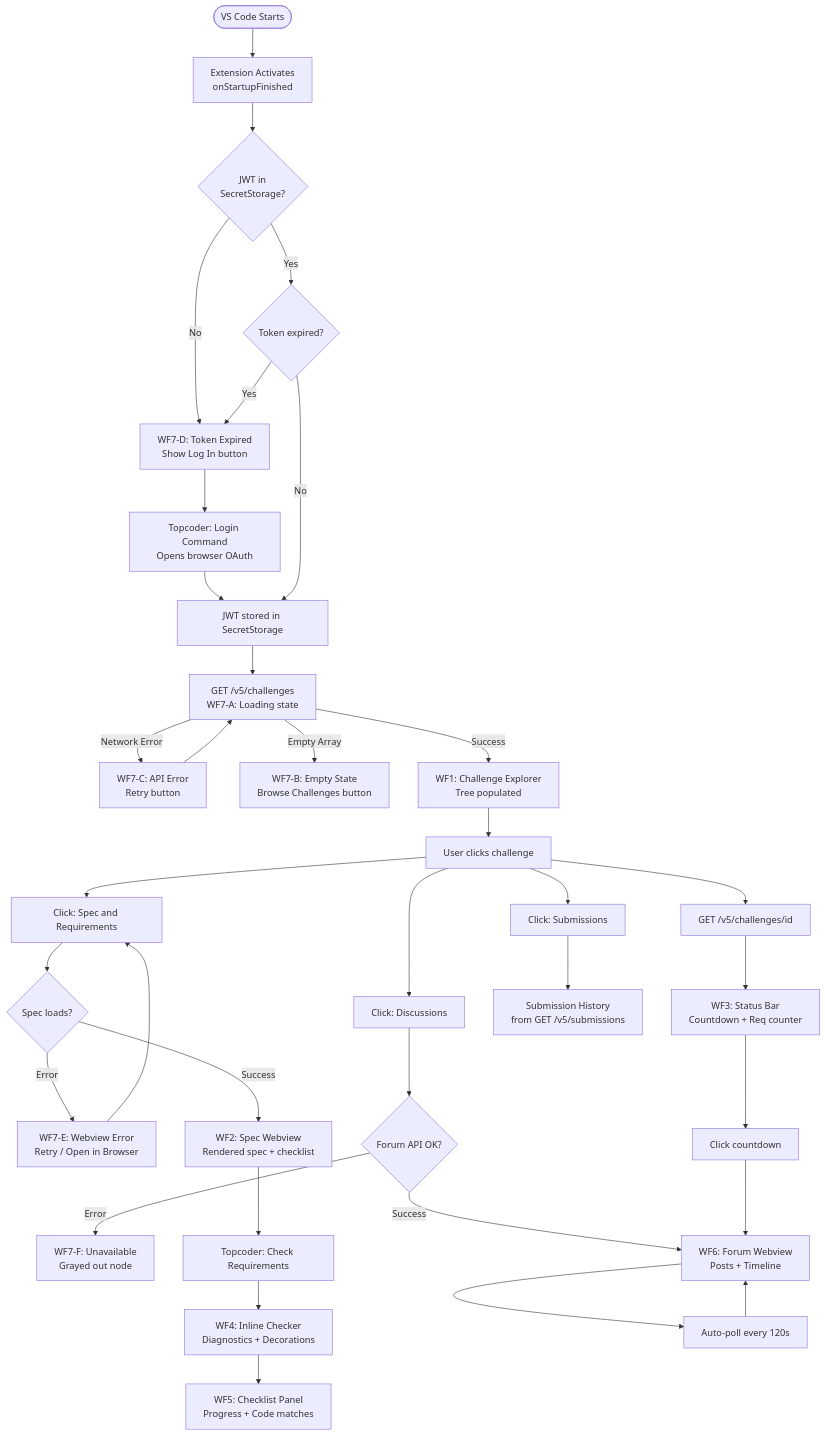
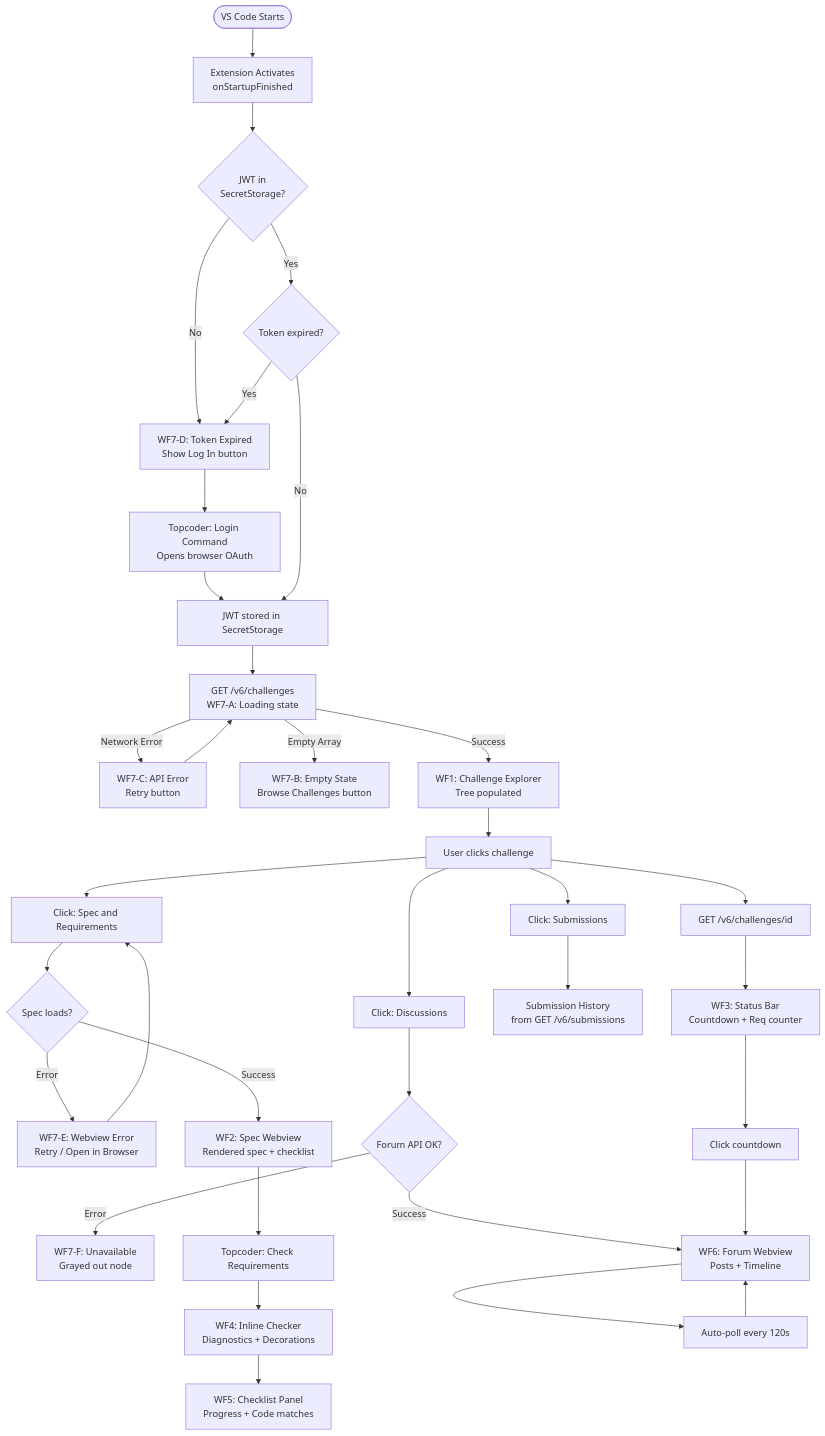
One commit to mirzailhami/tc-vscode-ideation changed the diagram in wireframes.md. Above: the diagram before and after it, drawn with Mermaid. The commit also changed other lines of this file and 5 other files, not shown here.

````diff
--- a/wireframes.md
+++ b/wireframes.md
@@ -24,47 +24,47 @@
 ```mermaid
 flowchart TD
     START([VS Code Starts]) --> ACTIVATE[Extension Activates<br/>onStartupFinished]
     ACTIVATE --> HAS_TOKEN{JWT in<br/>SecretStorage?}
 
     HAS_TOKEN -- No --> LOGIN_PROMPT[WF7-D: Token Expired<br/>Show Log In button]
     LOGIN_PROMPT --> LOGIN[Topcoder: Login Command<br/>Opens browser OAuth]
     LOGIN --> TOKEN_OK[JWT stored in SecretStorage]
 
     HAS_TOKEN -- Yes --> TOKEN_CHECK{Token expired?}
     TOKEN_CHECK -- Yes --> LOGIN_PROMPT
     TOKEN_CHECK -- No --> TOKEN_OK
 
-    TOKEN_OK --> FETCH_LIST[GET /v5/challenges<br/>WF7-A: Loading state]
+    TOKEN_OK --> FETCH_LIST[GET /v6/challenges<br/>WF7-A: Loading state]
     FETCH_LIST -- Network Error --> ERROR_STATE[WF7-C: API Error<br/>Retry button]
     ERROR_STATE --> FETCH_LIST
     FETCH_LIST -- Empty Array --> EMPTY_STATE[WF7-B: Empty State<br/>Browse Challenges button]
     FETCH_LIST -- Success --> TREE[WF1: Challenge Explorer<br/>Tree populated]
 
     TREE --> SELECT[User clicks challenge]
-    SELECT --> DETAIL[GET /v5/challenges/id]
+    SELECT --> DETAIL[GET /v6/challenges/id]
     DETAIL --> SB[WF3: Status Bar<br/>Countdown + Req counter]
 
     SELECT --> SPEC_CLICK[Click: Spec and Requirements]
     SPEC_CLICK --> SPEC_LOAD{Spec loads?}
     SPEC_LOAD -- Error --> SPEC_ERR[WF7-E: Webview Error<br/>Retry / Open in Browser]
     SPEC_ERR --> SPEC_CLICK
     SPEC_LOAD -- Success --> SPEC[WF2: Spec Webview<br/>Rendered spec + checklist]
 
     SELECT --> DISCUSS_CLICK[Click: Discussions]
     DISCUSS_CLICK --> FORUM_AVAIL{Forum API OK?}
     FORUM_AVAIL -- Error --> FORUM_NA[WF7-F: Unavailable<br/>Grayed out node]
     FORUM_AVAIL -- Success --> FORUM[WF6: Forum Webview<br/>Posts + Timeline]
 
     SELECT --> SUB_CLICK[Click: Submissions]
-    SUB_CLICK --> SUB_VIEW[Submission History<br/>from GET /v5/submissions]
+    SUB_CLICK --> SUB_VIEW[Submission History<br/>from GET /v6/submissions]
 
     SPEC --> CHECK_REQ[Topcoder: Check Requirements]
     CHECK_REQ --> CHECKER[WF4: Inline Checker<br/>Diagnostics + Decorations]
     CHECKER --> CHECKLIST[WF5: Checklist Panel<br/>Progress + Code matches]
 
     FORUM --> POLL[Auto-poll every 120s]
     POLL --> FORUM
 
     SB --> CLICK_SB[Click countdown]
     CLICK_SB --> FORUM
 ```
````
